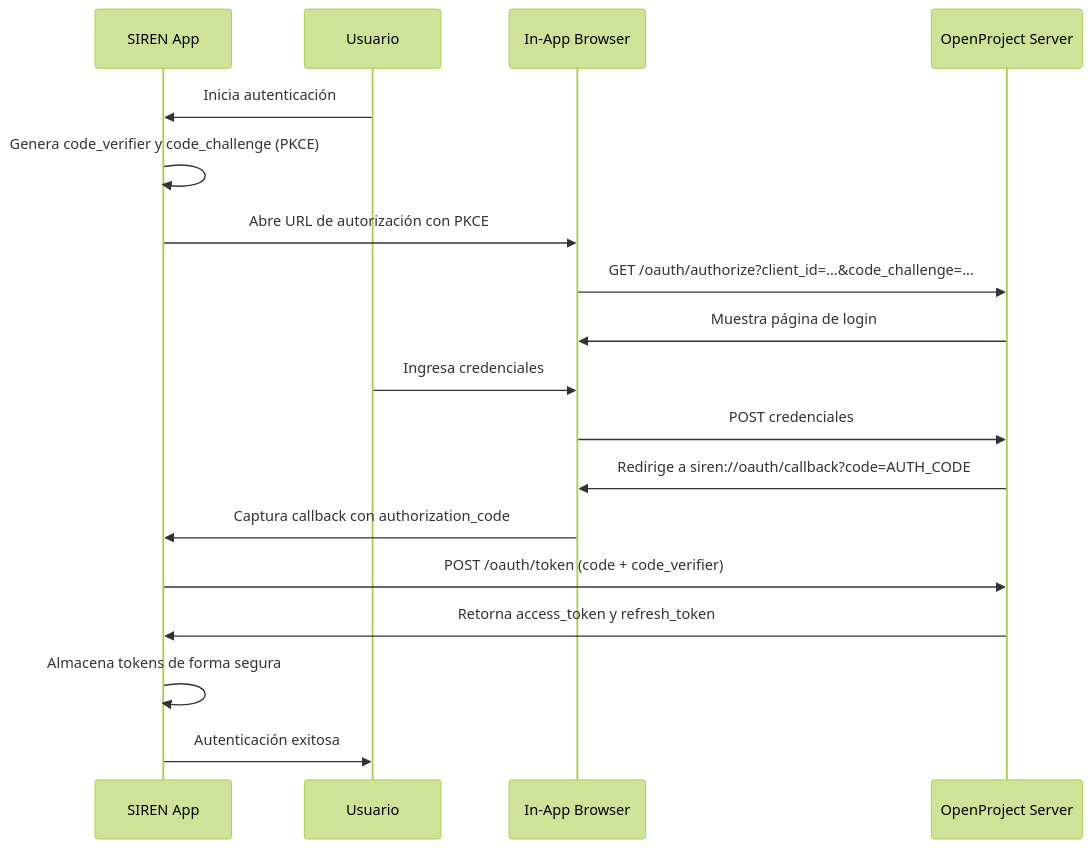
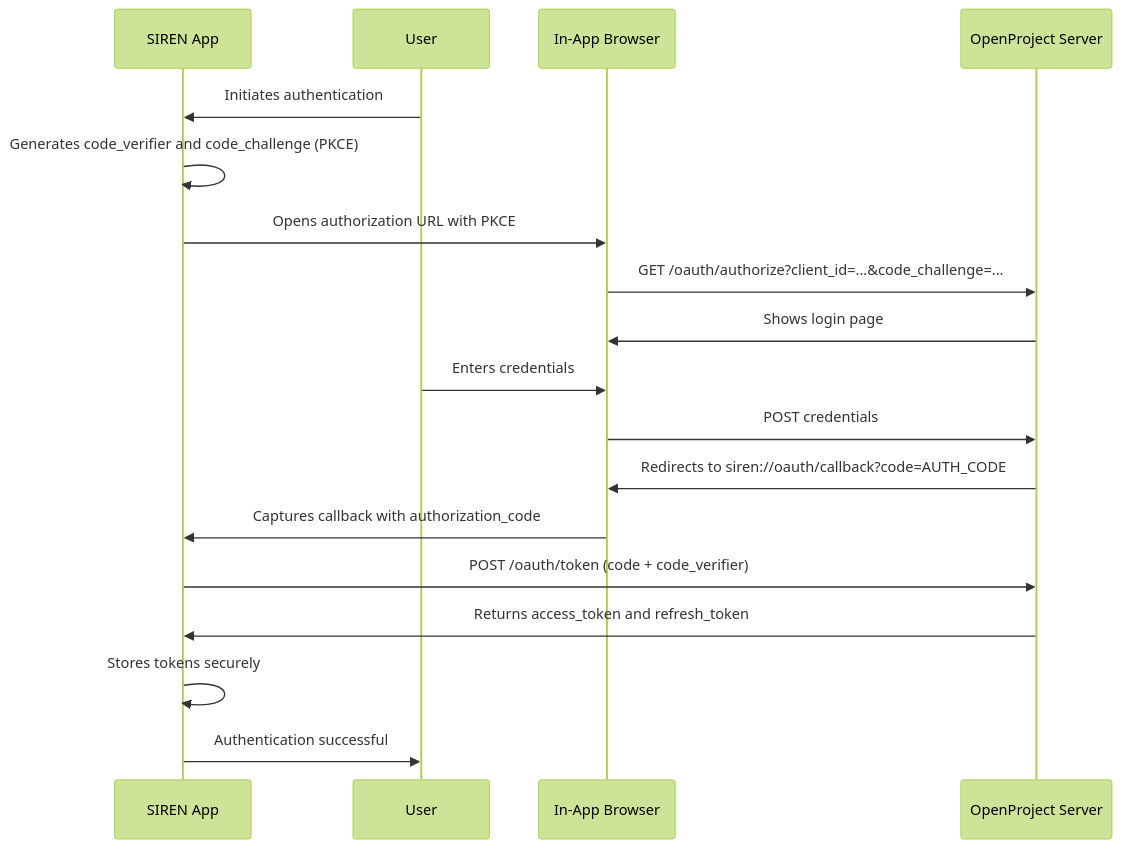
Before and after one commit to danibeni/SIREN_APP: the third of 9 diagrams in docs/SIREN_PROJECT_OVERVIEW.md, drawn with Mermaid (forest theme). The commit also changed other lines of this file and 4 other files, not shown here.

````diff
--- a/docs/SIREN_PROJECT_OVERVIEW.md
+++ b/docs/SIREN_PROJECT_OVERVIEW.md
@@ -142,21 +142,21 @@
 ```mermaid
 sequenceDiagram
     participant App as SIREN App
-    participant User as Usuario
+    participant User as User
     participant Browser as In-App Browser
     participant OP as OpenProject Server
 
-    User->>App: Inicia autenticación
-    App->>App: Genera code_verifier y code_challenge (PKCE)
-    App->>Browser: Abre URL de autorización con PKCE
+    User->>App: Initiates authentication
+    App->>App: Generates code_verifier and code_challenge (PKCE)
+    App->>Browser: Opens authorization URL with PKCE
     Browser->>OP: GET /oauth/authorize?client_id=...&code_challenge=...
-    OP->>Browser: Muestra página de login
-    User->>Browser: Ingresa credenciales
-    Browser->>OP: POST credenciales
-    OP->>Browser: Redirige a siren://oauth/callback?code=AUTH_CODE
-    Browser->>App: Captura callback con authorization_code
+    OP->>Browser: Shows login page
+    User->>Browser: Enters credentials
+    Browser->>OP: POST credentials
+    OP->>Browser: Redirects to siren://oauth/callback?code=AUTH_CODE
+    Browser->>App: Captures callback with authorization_code
     App->>OP: POST /oauth/token (code + code_verifier)
-    OP->>App: Retorna access_token y refresh_token
-    App->>App: Almacena tokens de forma segura
-    App->>User: Autenticación exitosa
+    OP->>App: Returns access_token and refresh_token
+    App->>App: Stores tokens securely
+    App->>User: Authentication successful
 ```
````
